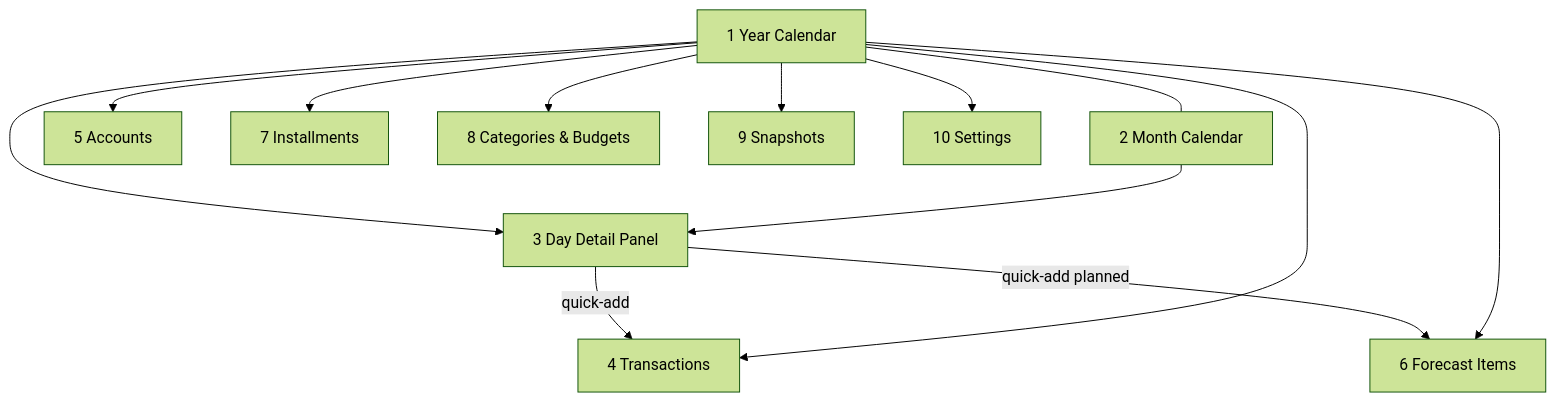
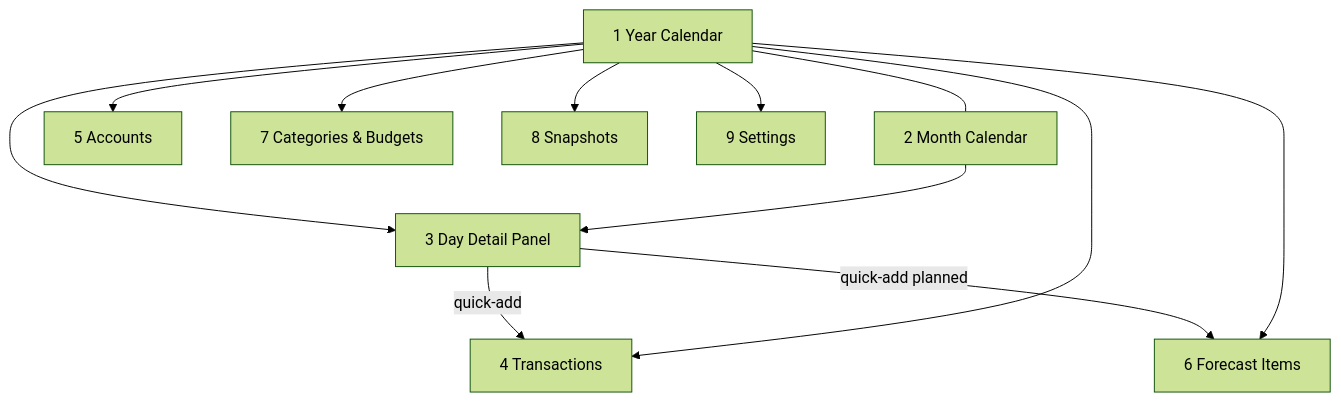
The diagram in docs/specs/003-screen-specs.md (renancardo/cashflow), drawn with Mermaid (forest theme) before and after one commit. The commit also changed other lines of this file and 9 other files, not shown here.

````diff
--- a/docs/specs/003-screen-specs.md
+++ b/docs/specs/003-screen-specs.md
@@ -50,20 +51,19 @@
 ```mermaid
 flowchart TB
   YearCal["1 Year Calendar"]
   MonthCal["2 Month Calendar"]
   DayPanel["3 Day Detail Panel"]
   Txn["4 Transactions"]
   Acct["5 Accounts"]
   Forecast["6 Forecast Items"]
-  Install["7 Installments"]
-  Budgets["8 Categories & Budgets"]
-  Snap["9 Snapshots"]
-  Settings["10 Settings"]
+  Budgets["7 Categories & Budgets"]
+  Snap["8 Snapshots"]
+  Settings["9 Settings"]
 
   YearCal --- MonthCal
   YearCal --> DayPanel
   MonthCal --> DayPanel
   DayPanel -->|quick-add| Txn
   DayPanel -->|quick-add planned| Forecast
-  YearCal --> Txn & Acct & Forecast & Install & Budgets & Snap & Settings
+  YearCal --> Txn & Acct & Forecast & Budgets & Snap & Settings
 ```
````
